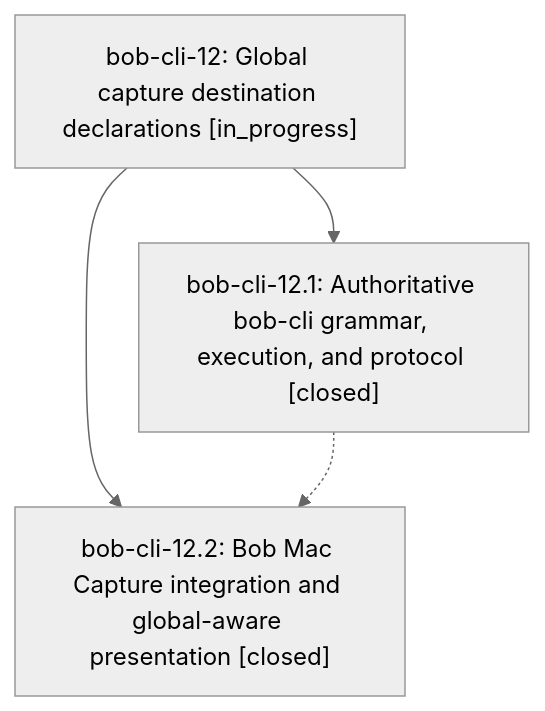
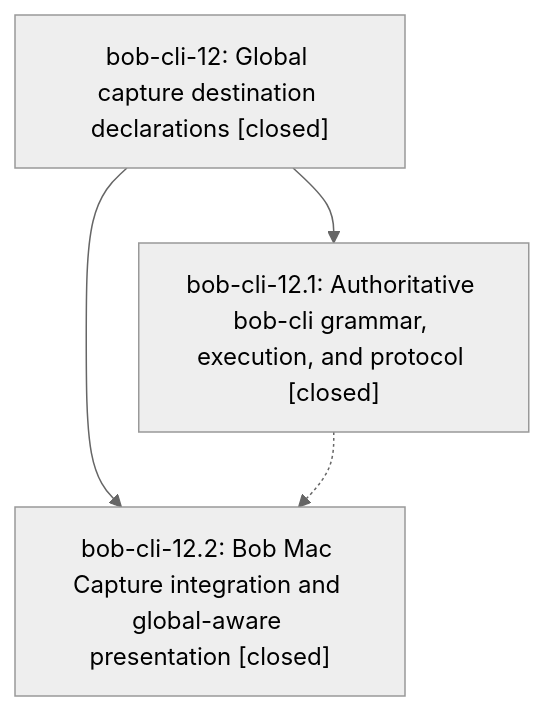
The diagram in pages/bob-cli-12/README.md (bobs-org/bob-cli--beads), drawn with Mermaid (neutral theme) before and after one commit. The commit also changed other lines of this file, not shown here.

First line of the commit message:
chore(beads): sync bead state and pages for bob-cli-12

````diff
--- a/pages/bob-cli-12/README.md
+++ b/pages/bob-cli-12/README.md
@@ -23,9 +37,9 @@
 ```mermaid
 flowchart TD
-    n0["bob-cli-12: Global capture destination declarations [in_progress]"]
+    n0["bob-cli-12: Global capture destination declarations [closed]"]
     n1["bob-cli-12.1: Authoritative bob-cli grammar, execution, and protocol [closed]"]
     n2["bob-cli-12.2: Bob Mac Capture integration and global-aware presentation [closed]"]
     n0 --> n1
     n0 --> n2
     n1 -.-> n2
 ```
````
